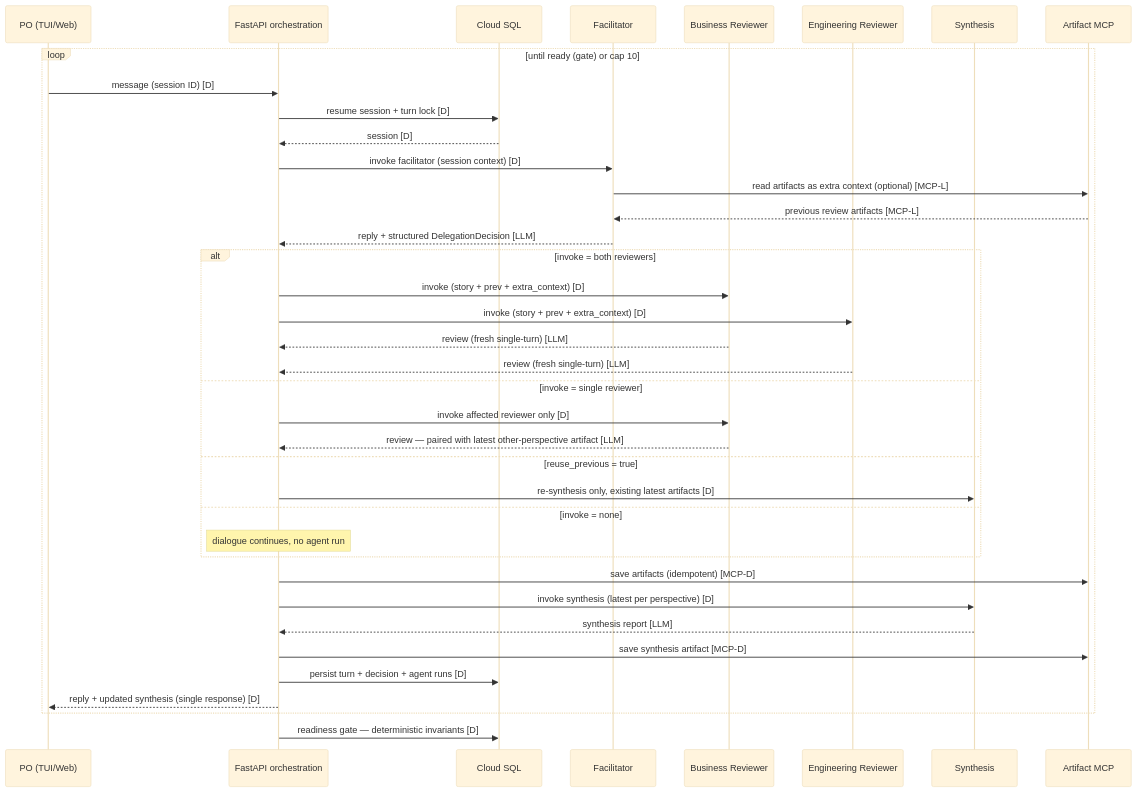
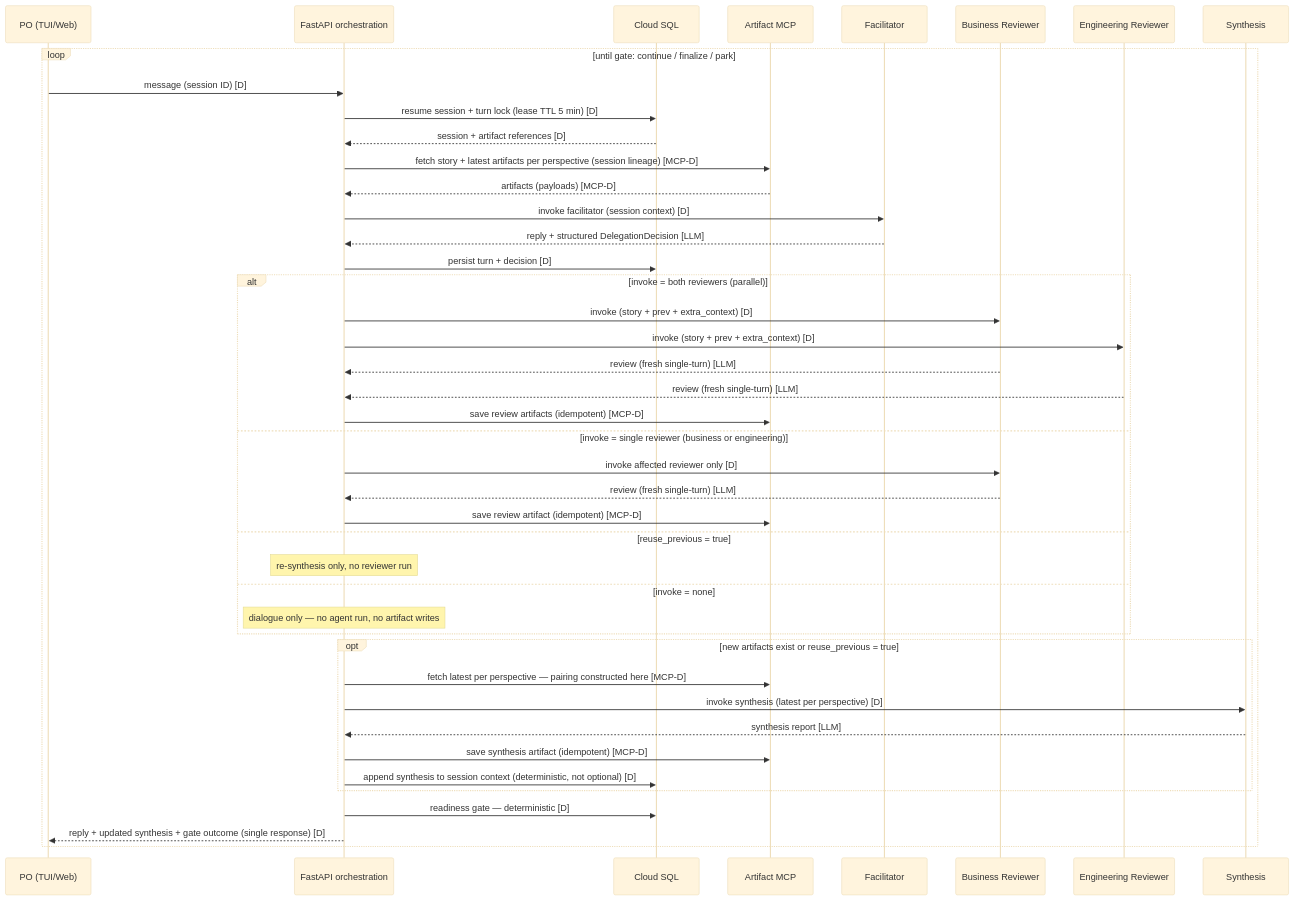
The second of 4 diagrams in docs/design/data-flow.md (MMZ993/story-review), drawn with Mermaid (base theme) before and after one commit. The commit also changed other lines of this file and 4 other files, not shown here.

Commit message:
docs(design): resolve second review round on flow semantics, gate and retry policy

````diff
--- a/docs/design/data-flow.md
+++ b/docs/design/data-flow.md
@@ -161,41 +167,46 @@
 ```mermaid
 sequenceDiagram
     participant PO as PO (TUI/Web)
     participant F as FastAPI orchestration
     participant C as Cloud SQL
+    participant A as Artifact MCP
     participant T as Facilitator
     participant B as Business Reviewer
     participant E as Engineering Reviewer
     participant Y as Synthesis
-    participant A as Artifact MCP
 
-    loop until ready (gate) or cap 10
+    loop until gate: continue / finalize / park
         PO->>F: message (session ID) [D]
-        F->>C: resume session + turn lock [D]
-        C-->>F: session [D]
+        F->>C: resume session + turn lock (lease TTL 5 min) [D]
+        C-->>F: session + artifact references [D]
+        F->>A: fetch story + latest artifacts per perspective (session lineage) [MCP-D]
+        A-->>F: artifacts (payloads) [MCP-D]
         F->>T: invoke facilitator (session context) [D]
-        T->>A: read artifacts as extra context (optional) [MCP-L]
-        A-->>T: previous review artifacts [MCP-L]
         T-->>F: reply + structured DelegationDecision [LLM]
-        alt invoke = both reviewers
+        F->>C: persist turn + decision [D]
+        alt invoke = both reviewers (parallel)
             F->>B: invoke (story + prev + extra_context) [D]
             F->>E: invoke (story + prev + extra_context) [D]
             B-->>F: review (fresh single-turn) [LLM]
             E-->>F: review (fresh single-turn) [LLM]
-        else invoke = single reviewer
+            F->>A: save review artifacts (idempotent) [MCP-D]
+        else invoke = single reviewer (business or engineering)
             F->>B: invoke affected reviewer only [D]
-            B-->>F: review — paired with latest other-perspective artifact [LLM]
+            B-->>F: review (fresh single-turn) [LLM]
+            F->>A: save review artifact (idempotent) [MCP-D]
         else reuse_previous = true
-            F->>Y: re-synthesis only, existing latest artifacts [D]
+            Note over F: re-synthesis only, no reviewer run
         else invoke = none
-            Note over F: dialogue continues, no agent run
+            Note over F: dialogue only — no agent run, no artifact writes
         end
-        F->>A: save artifacts (idempotent) [MCP-D]
-        F->>Y: invoke synthesis (latest per perspective) [D]
-        Y-->>F: synthesis report [LLM]
-        F->>A: save synthesis artifact [MCP-D]
-        F->>C: persist turn + decision + agent runs [D]
-        F-->>PO: reply + updated synthesis (single response) [D]
+        opt new artifacts exist or reuse_previous = true
+            F->>A: fetch latest per perspective — pairing constructed here [MCP-D]
+            F->>Y: invoke synthesis (latest per perspective) [D]
+            Y-->>F: synthesis report [LLM]
+            F->>A: save synthesis artifact (idempotent) [MCP-D]
+            F->>C: append synthesis to session context (deterministic, not optional) [D]
+        end
+        F->>C: readiness gate — deterministic [D]
+        F-->>PO: reply + updated synthesis + gate outcome (single response) [D]
     end
-    F->>C: readiness gate — deterministic invariants [D]
 ```
````
